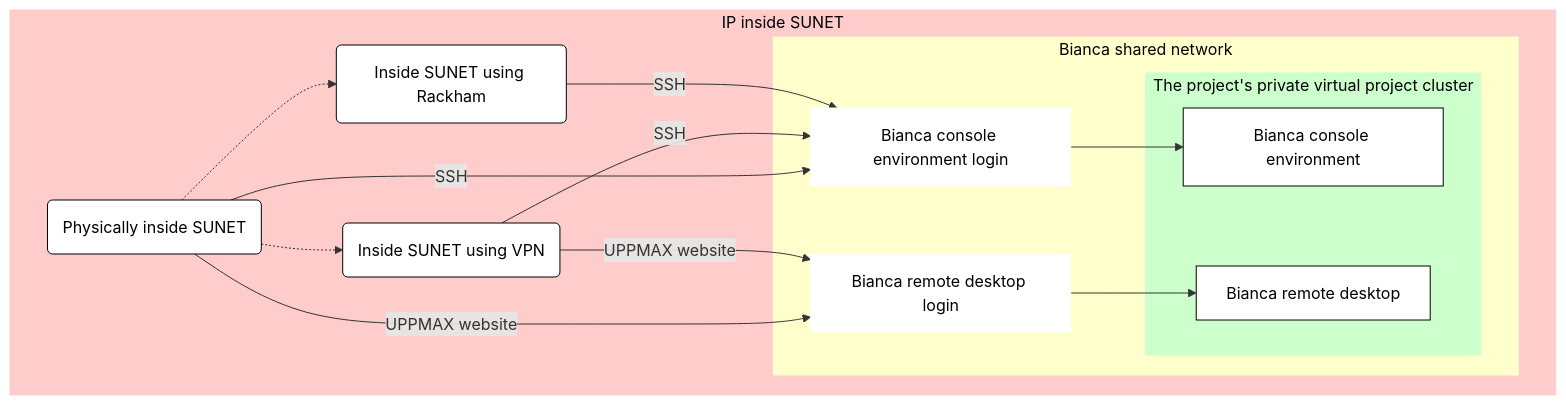
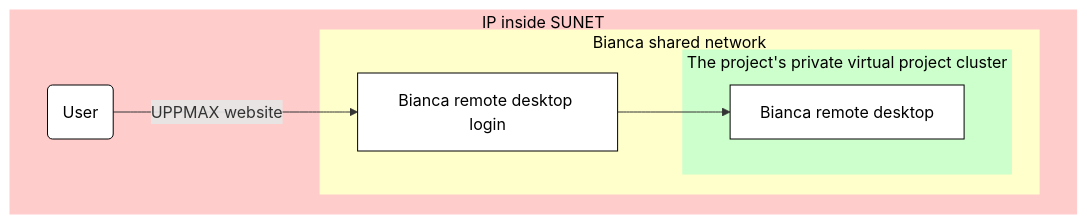
One commit to UPPMAX/UPPMAX-documentation changed the fourth of 6 diagrams in docs/getting_started/login_bianca.md. Above: the diagram before and after it, drawn with Mermaid. The commit also changed other lines of this file, not shown here.

Commit message:
Simplify graphs

````diff
--- a/docs/getting_started/login_bianca.md
+++ b/docs/getting_started/login_bianca.md
@@ -340,41 +472,29 @@
 ```mermaid
 flowchart TD
 
     %% Give a white background, instead of a transparent one
     classDef node fill:#fff,color:#000,stroke:#000
-    classDef focus_node fill:#fff,color:#000,stroke:#000,stroke-width:4px
-    classDef no_focus_node fill:#fff,color:#000,stroke:#fff
 
     subgraph sub_inside[IP inside SUNET]
-      physically_inside(Physically inside SUNET)
-      inside_using_vpn(Inside SUNET using VPN)
-      inside_using_rackham(Inside SUNET using Rackham)
+
+      user(User)
 
       subgraph sub_bianca_shared_env[Bianca shared network]
-        bianca_shared_console[Bianca console environment login]:::no_focus_node
         bianca_shared_remote_desktop[Bianca remote desktop login]:::no_focus_node
         subgraph sub_bianca_private_env[The project's private virtual project cluster]
-          bianca_private_console[Bianca console environment]
           bianca_private_remote_desktop[Bianca remote desktop] 
         end
       end
     end
 
     %% Shared subgraph color scheme
     %% style sub_outside fill:#ccc,color:#000,stroke:#ccc
     style sub_inside fill:#fcc,color:#000,stroke:#fcc
     style sub_bianca_shared_env fill:#ffc,color:#000,stroke:#ffc
     style sub_bianca_private_env fill:#cfc,color:#000,stroke:#cfc
 
     %% Inside SUNET
-    physically_inside-->|SSH|bianca_shared_console
-    physically_inside-->|UPPMAX website|bianca_shared_remote_desktop
-    physically_inside-.->inside_using_rackham
-    physically_inside-.->inside_using_vpn
-    inside_using_vpn-->|SSH|bianca_shared_console
-    inside_using_vpn-->|UPPMAX website|bianca_shared_remote_desktop
-    inside_using_rackham-->|SSH|bianca_shared_console
+    user-->|UPPMAX website|bianca_shared_remote_desktop
 
-    bianca_shared_console --> bianca_private_console
     bianca_shared_remote_desktop --> bianca_private_remote_desktop
 ```
````
